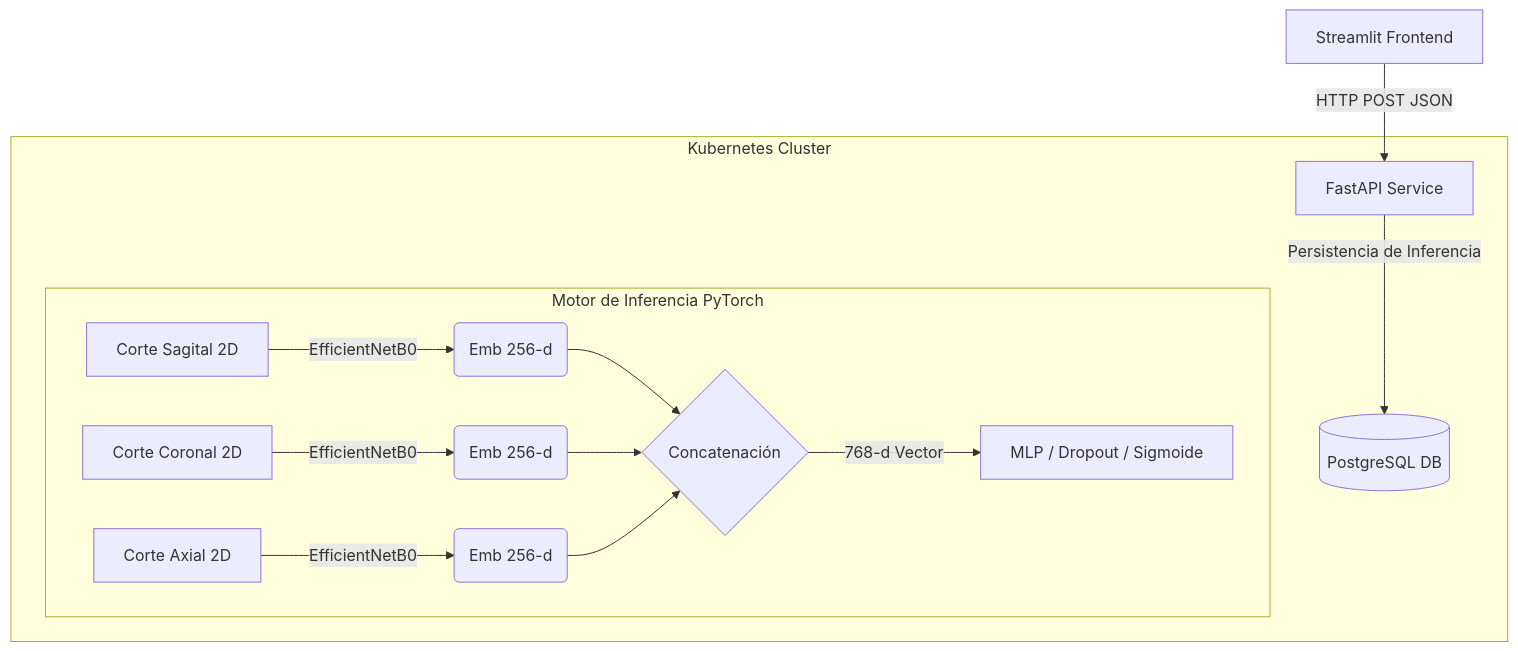
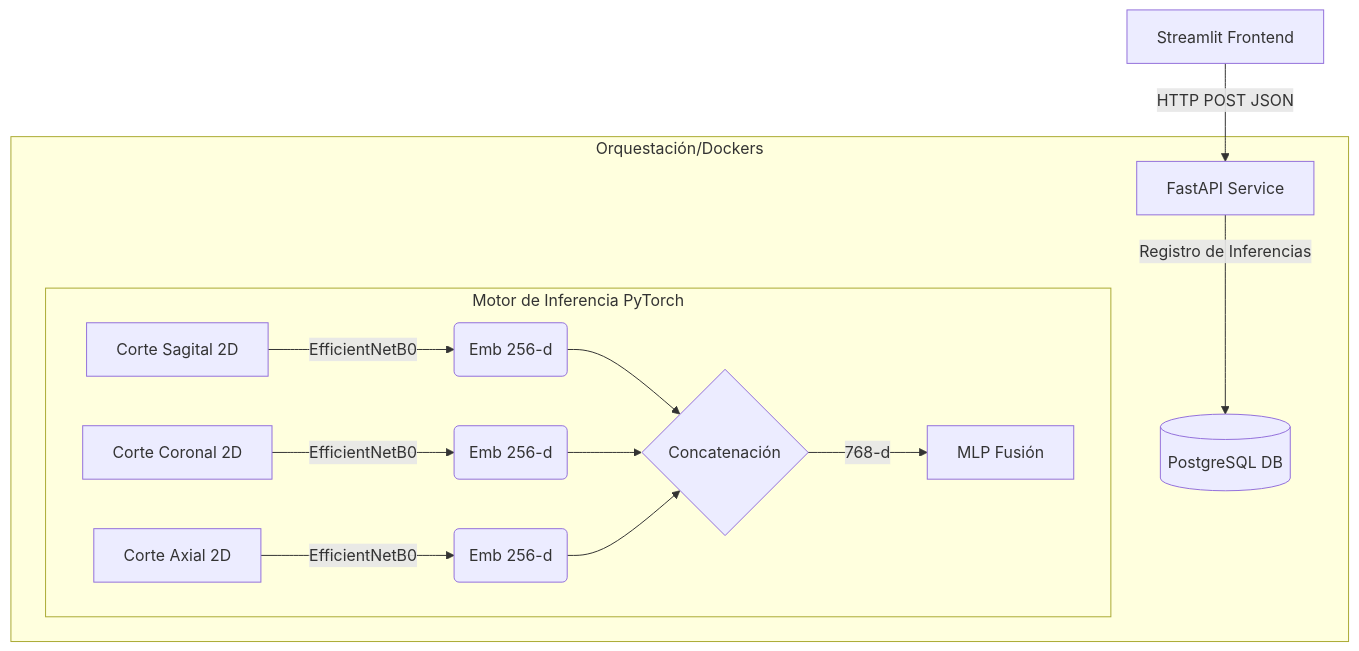
One commit to ErnestoSCL/app_prediccion_autismo_fusion_embeddings changed the diagram in README.md. Above: the diagram before and after it, drawn with Mermaid. The commit also changed other lines of this file, not shown here.

````diff
--- a/README.md
+++ b/README.md
@@ -25,20 +62,20 @@
 ```mermaid
 graph TD
     UI[Streamlit Frontend] -->|HTTP POST JSON| API[FastAPI Service]
-    API -->|Persistencia de Inferencia| DB[(PostgreSQL DB)]
+    API -->|Registro de Inferencias| DB[(PostgreSQL DB)]
     
-    subgraph Kubernetes Cluster
+    subgraph Orquestación/Dockers
         API
         DB
         
         subgraph Motor de Inferencia PyTorch
             A[Corte Sagital 2D] -->|EfficientNetB0| D(Emb 256-d)
             B[Corte Coronal 2D] -->|EfficientNetB0| E(Emb 256-d)
             C[Corte Axial 2D] -->|EfficientNetB0| F(Emb 256-d)
             D --> G{Concatenación}
             E --> G
             F --> G
-            G -->|768-d Vector| H[MLP / Dropout / Sigmoide]
+            G -->|768-d| H[MLP Fusión]
         end
     end
 ```
````
